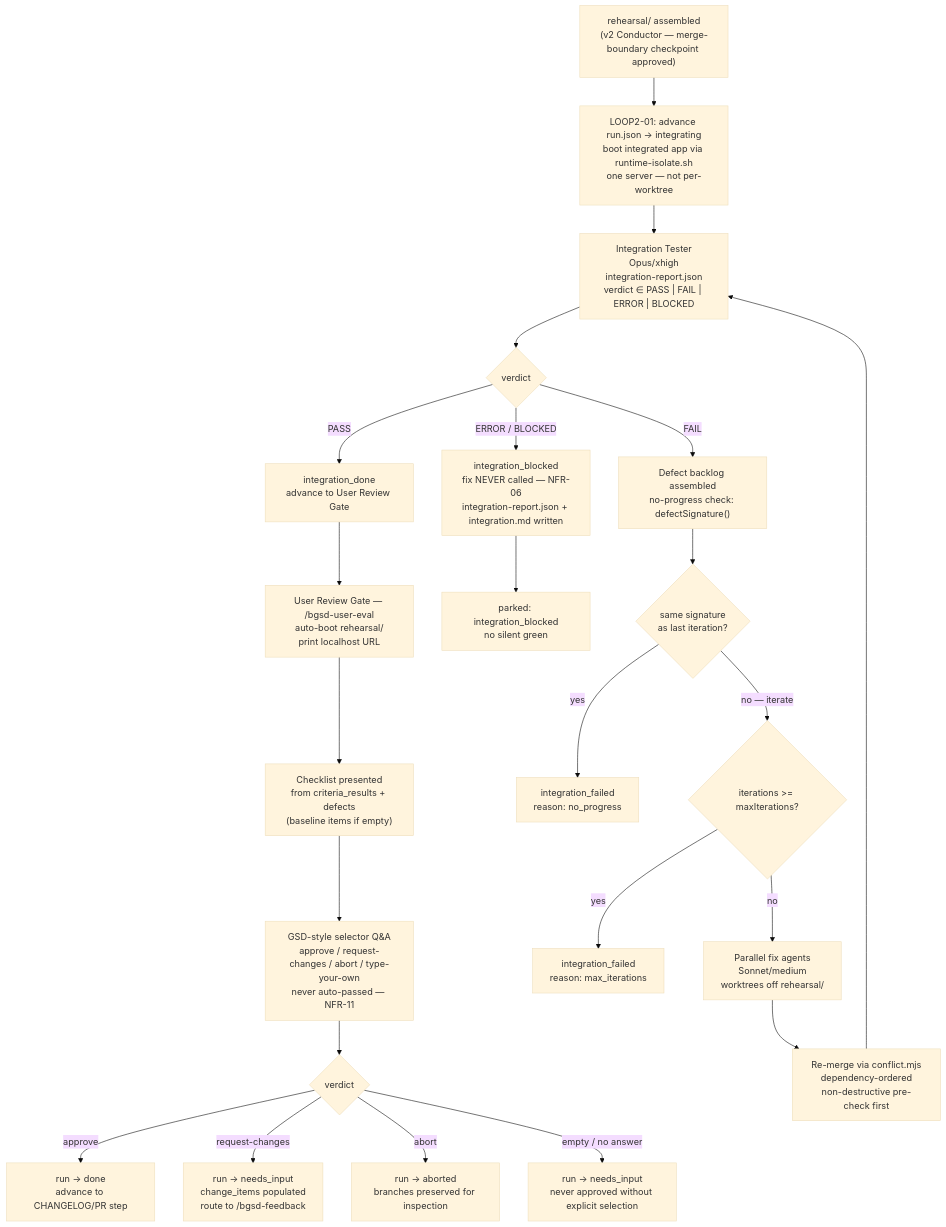
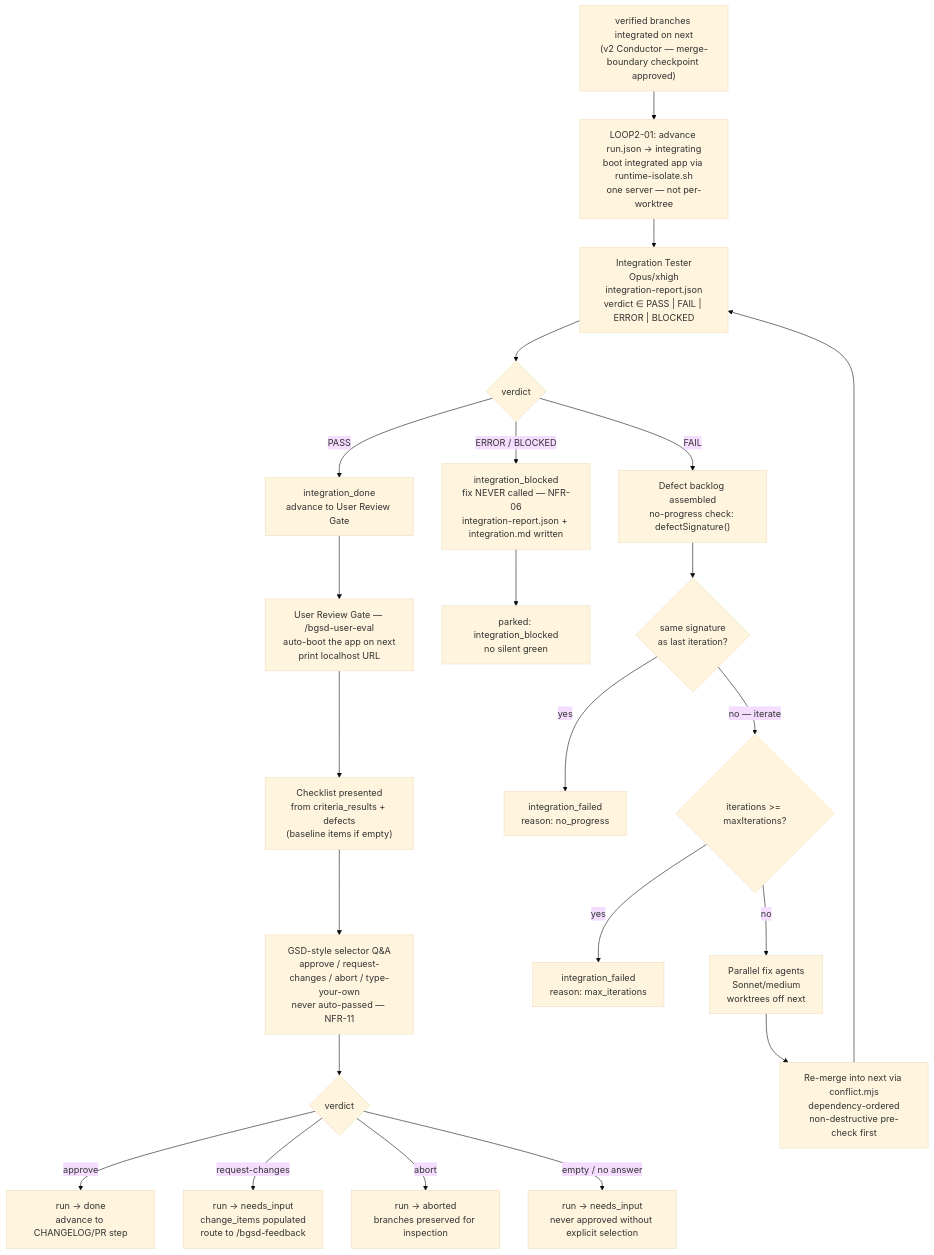
One commit to filippo-fonseca/better-gsd changed the diagram in bgsd/docs/bgsd-loop2-review.mdx. Above: the diagram before and after it, drawn with Mermaid (base theme). The commit also changed other lines of this file, not shown here.

First line of the commit message:
docs(bgsd): move Loop 2 + Review Gate docs onto the next branch

````diff
--- a/bgsd/docs/bgsd-loop2-review.mdx
+++ b/bgsd/docs/bgsd-loop2-review.mdx
@@ -16,45 +16,45 @@
 ```mermaid
 flowchart TD
-    A["rehearsal/<run-id> assembled\n(v2 Conductor — merge-boundary checkpoint approved)"] --> B
+    A["verified branches integrated on next\n(v2 Conductor — merge-boundary checkpoint approved)"] --> B
 
     B["LOOP2-01: advance run.json → integrating\nboot integrated app via runtime-isolate.sh\none server — not per-worktree"] --> C
 
     C["Integration Tester\nOpus/xhigh\nintegration-report.json\nverdict ∈ PASS | FAIL | ERROR | BLOCKED"] --> D
 
     D{"verdict"}
 
     D -->|"PASS"| E
     D -->|"ERROR / BLOCKED"| F
     D -->|"FAIL"| G
 
     E["integration_done\nadvance to User Review Gate"] --> H
 
     F["integration_blocked\nfix NEVER called — NFR-06\nintegration-report.json + integration.md written"] --> BLOCKED["parked: integration_blocked\nno silent green"]
 
     G["Defect backlog assembled\nno-progress check: defectSignature()"] --> G2
 
     G2{"same signature\nas last iteration?"}
     G2 -->|"yes"| NOPROG["integration_failed\nreason: no_progress"]
     G2 -->|"no — iterate"| G3
 
     G3{"iterations >= maxIterations?"}
     G3 -->|"yes"| MAXITER["integration_failed\nreason: max_iterations"]
     G3 -->|"no"| I
 
-    I["Parallel fix agents\nSonnet/medium\nworktrees off rehearsal/<run-id>"] --> J
+    I["Parallel fix agents\nSonnet/medium\nworktrees off next"] --> J
 
-    J["Re-merge via conflict.mjs\ndependency-ordered\nnon-destructive pre-check first"] --> C
+    J["Re-merge into next via conflict.mjs\ndependency-ordered\nnon-destructive pre-check first"] --> C
 
-    H["User Review Gate — /bgsd-user-eval\nauto-boot rehearsal/<run-id>\nprint localhost URL"] --> K
+    H["User Review Gate — /bgsd-user-eval\nauto-boot the app on next\nprint localhost URL"] --> K
 
     K["Checklist presented\nfrom criteria_results + defects\n(baseline items if empty)"] --> L
 
     L["GSD-style selector Q&A\napprove / request-changes / abort / type-your-own\nnever auto-passed — NFR-11"] --> M
 
     M{"verdict"}
 
     M -->|"approve"| APPROVED["run → done\nadvance to CHANGELOG/PR step"]
     M -->|"request-changes"| CHANGES["run → needs_input\nchange_items populated\nroute to /bgsd-feedback"]
     M -->|"abort"| ABORT["run → aborted\nbranches preserved for inspection"]
     M -->|"empty / no answer"| NI["run → needs_input\nnever approved without explicit selection"]
 ```
````
